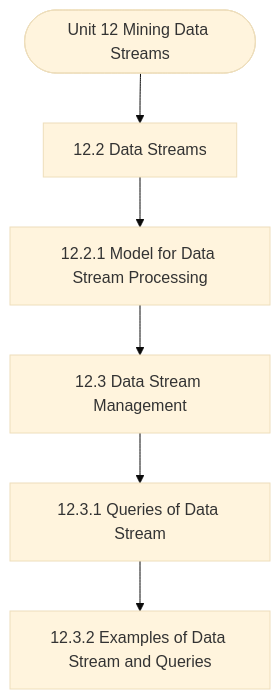
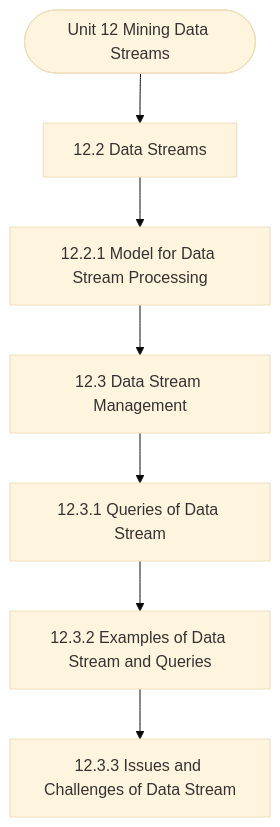
The diagram in notes/Semester_1/MCS-062_Introduction_to_Data_Science/unit_12_Mining_Data_Streams.md (Asutosh-Coaching/mscdsa), drawn with Mermaid (base theme) before and after one commit. The commit also changed other lines of this file and 116 other files, not shown here.

````diff
--- a/notes/Semester_1/MCS-062_Introduction_to_Data_Science/unit_12_Mining_Data_Streams.md
+++ b/notes/Semester_1/MCS-062_Introduction_to_Data_Science/unit_12_Mining_Data_Streams.md
@@ -19,14 +19,16 @@
 ```mermaid
 flowchart TD
   Start(["Unit 12 Mining Data Streams"])
   N1["12.2 Data Streams"]
   N2["12.2.1 Model for Data Stream Processing"]
   N3["12.3 Data Stream Management"]
   N4["12.3.1 Queries of Data Stream"]
   N5["12.3.2 Examples of Data Stream and Queries"]
+  N6["12.3.3 Issues and Challenges of Data Stream"]
   Start --> N1
   N1 --> N2
   N2 --> N3
   N3 --> N4
   N4 --> N5
+  N5 --> N6
 ```
````
